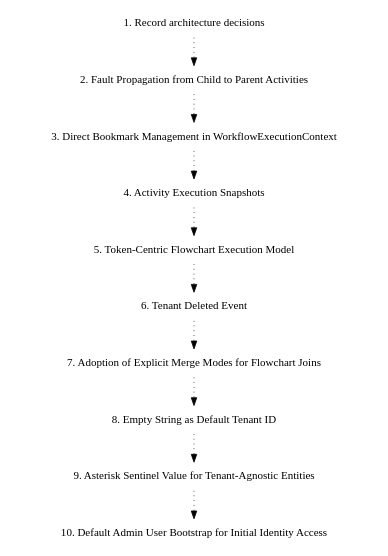
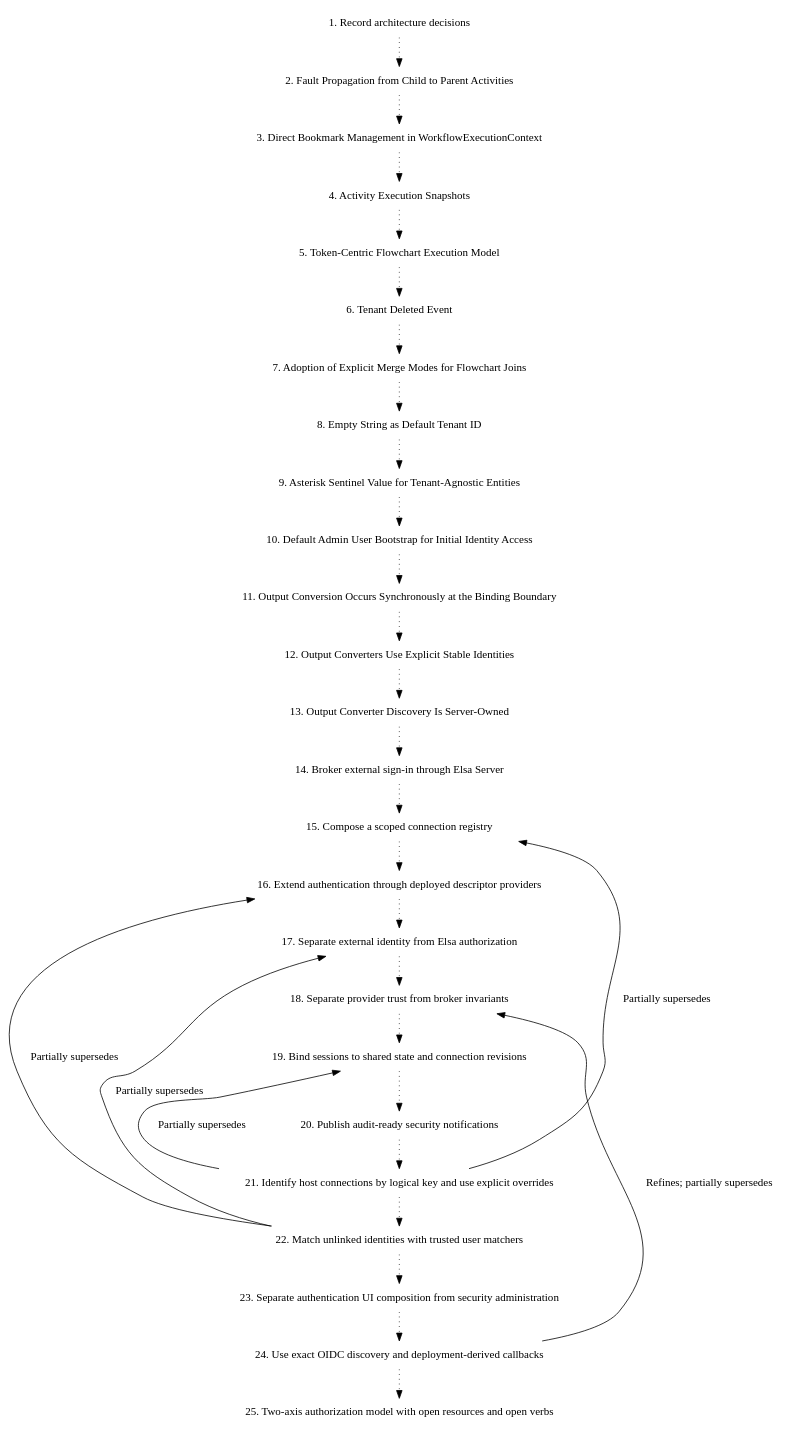
The diagram in doc/adr/graph.dot (elsa-workflows/elsa-core), drawn with Graphviz before and after one commit. The commit also changed 305 other files, not shown here.

First line of the commit message:
feat(auth)!: structured authorization model, phases 1-6 (#7980)

```diff
--- a/doc/adr/graph.dot
+++ b/doc/adr/graph.dot
@@ -1,24 +1,59 @@
 digraph {
   node [shape=plaintext];
   subgraph {
     _1 [label="1. Record architecture decisions"; URL="0001-record-architecture-decisions.html"];
     _2 [label="2. Fault Propagation from Child to Parent Activities"; URL="0002-fault-propagation-from-child-to-parent-activities.html"];
     _1 -> _2 [style="dotted", weight=1];
     _3 [label="3. Direct Bookmark Management in WorkflowExecutionContext"; URL="0003-direct-bookmark-management-in-workflowexecutioncontext.html"];
     _2 -> _3 [style="dotted", weight=1];
     _4 [label="4. Activity Execution Snapshots"; URL="0004-activity-execution-snapshots.html"];
     _3 -> _4 [style="dotted", weight=1];
     _5 [label="5. Token-Centric Flowchart Execution Model"; URL="0005-token-centric-flowchart-execution-model.html"];
     _4 -> _5 [style="dotted", weight=1];
     _6 [label="6. Tenant Deleted Event"; URL="0006-tenant-deleted-event.html"];
     _5 -> _6 [style="dotted", weight=1];
     _7 [label="7. Adoption of Explicit Merge Modes for Flowchart Joins"; URL="0007-adoption-of-explicit-merge-modes-for-flowchart-joins.html"];
     _6 -> _7 [style="dotted", weight=1];
     _8 [label="8. Empty String as Default Tenant ID"; URL="0008-empty-string-as-default-tenant-id.html"];
     _7 -> _8 [style="dotted", weight=1];
     _9 [label="9. Asterisk Sentinel Value for Tenant-Agnostic Entities"; URL="0009-asterisk-sentinel-value-for-tenant-agnostic-entities.html"];
     _8 -> _9 [style="dotted", weight=1];
     _10 [label="10. Default Admin User Bootstrap for Initial Identity Access"; URL="0010-default-admin-user-bootstrap-for-initial-identity-access.html"];
     _9 -> _10 [style="dotted", weight=1];
+    _11 [label="11. Output Conversion Occurs Synchronously at the Binding Boundary"; URL="0011-output-conversion-at-binding-is-synchronous.html"];
+    _10 -> _11 [style="dotted", weight=1];
+    _12 [label="12. Output Converters Use Explicit Stable Identities"; URL="0012-output-converters-use-explicit-stable-identities.html"];
+    _11 -> _12 [style="dotted", weight=1];
+    _13 [label="13. Output Converter Discovery Is Server-Owned"; URL="0013-output-converter-discovery-is-server-owned.html"];
+    _12 -> _13 [style="dotted", weight=1];
+    _14 [label="14. Broker external sign-in through Elsa Server"; URL="0014-broker-external-sign-in-through-elsa-server.html"];
+    _13 -> _14 [style="dotted", weight=1];
+    _15 [label="15. Compose a scoped connection registry"; URL="0015-compose-a-scoped-connection-registry.html"];
+    _14 -> _15 [style="dotted", weight=1];
+    _16 [label="16. Extend authentication through deployed descriptor providers"; URL="0016-extend-authentication-through-deployed-descriptor-providers.html"];
+    _15 -> _16 [style="dotted", weight=1];
+    _17 [label="17. Separate external identity from Elsa authorization"; URL="0017-separate-external-identity-from-elsa-authorization.html"];
+    _16 -> _17 [style="dotted", weight=1];
+    _18 [label="18. Separate provider trust from broker invariants"; URL="0018-separate-provider-trust-from-broker-invariants.html"];
+    _17 -> _18 [style="dotted", weight=1];
+    _19 [label="19. Bind sessions to shared state and connection revisions"; URL="0019-bind-sessions-to-shared-state-and-connection-revisions.html"];
+    _18 -> _19 [style="dotted", weight=1];
+    _20 [label="20. Publish audit-ready security notifications"; URL="0020-publish-audit-ready-security-notifications.html"];
+    _19 -> _20 [style="dotted", weight=1];
+    _21 [label="21. Identify host connections by logical key and use explicit overrides"; URL="0021-identify-host-connections-by-logical-key-and-use-explicit-overrides.html"];
+    _20 -> _21 [style="dotted", weight=1];
+    _22 [label="22. Match unlinked identities with trusted user matchers"; URL="0022-match-unlinked-identities-with-trusted-user-matchers.html"];
+    _21 -> _22 [style="dotted", weight=1];
+    _23 [label="23. Separate authentication UI composition from security administration"; URL="0023-separate-authentication-ui-composition-from-security-administration.html"];
+    _22 -> _23 [style="dotted", weight=1];
+    _24 [label="24. Use exact OIDC discovery and deployment-derived callbacks"; URL="0024-use-exact-oidc-discovery-and-deployment-derived-callbacks.html"];
+    _23 -> _24 [style="dotted", weight=1];
+    _25 [label="25. Two-axis authorization model with open resources and open verbs"; URL="0025-two-axis-authorization-model.html"];
+    _24 -> _25 [style="dotted", weight=1];
   }
+  _21 -> _15 [label="Partially supersedes", weight=0];
+  _21 -> _19 [label="Partially supersedes", weight=0];
+  _22 -> _16 [label="Partially supersedes", weight=0];
+  _22 -> _17 [label="Partially supersedes", weight=0];
+  _24 -> _18 [label="Refines; partially supersedes", weight=0];
 }
```
